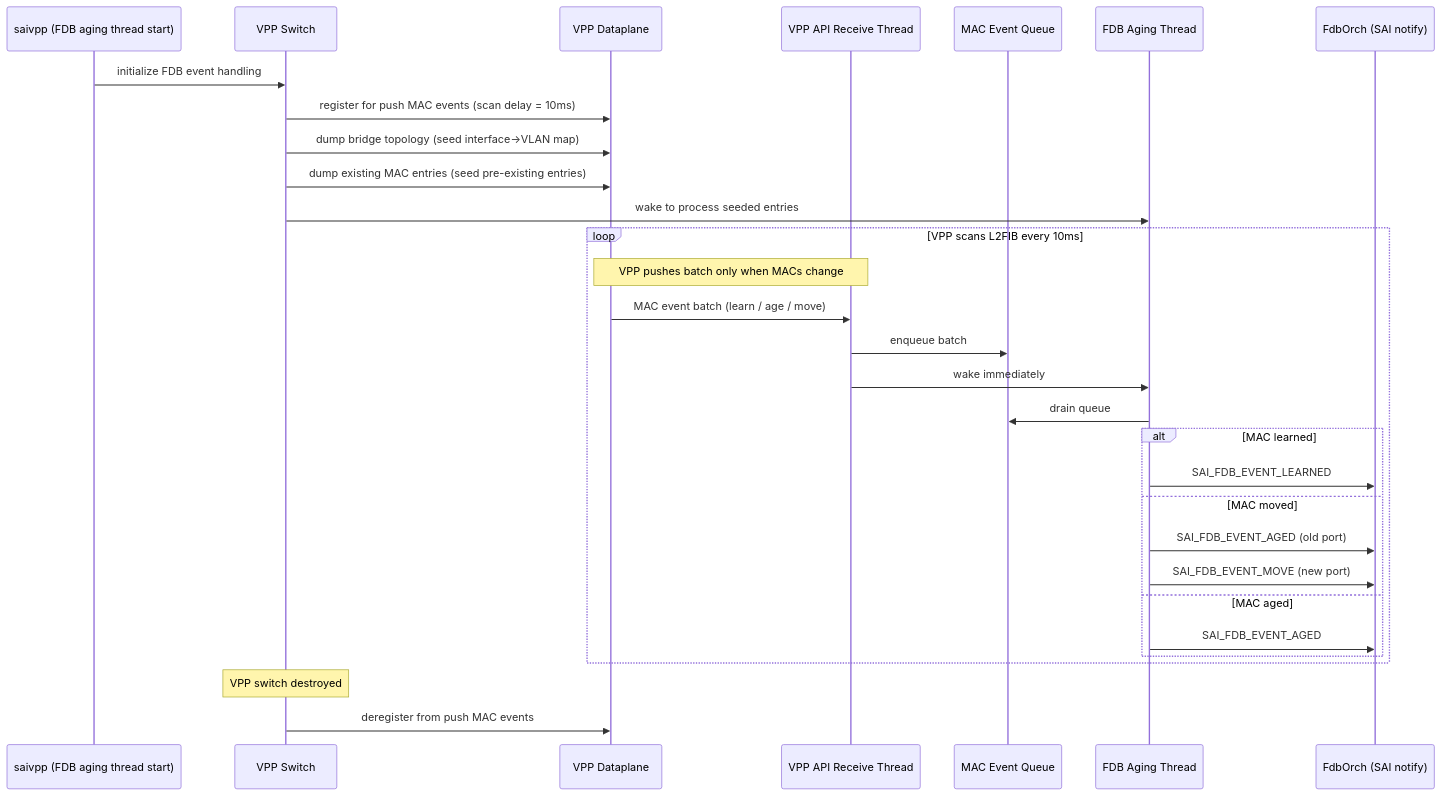
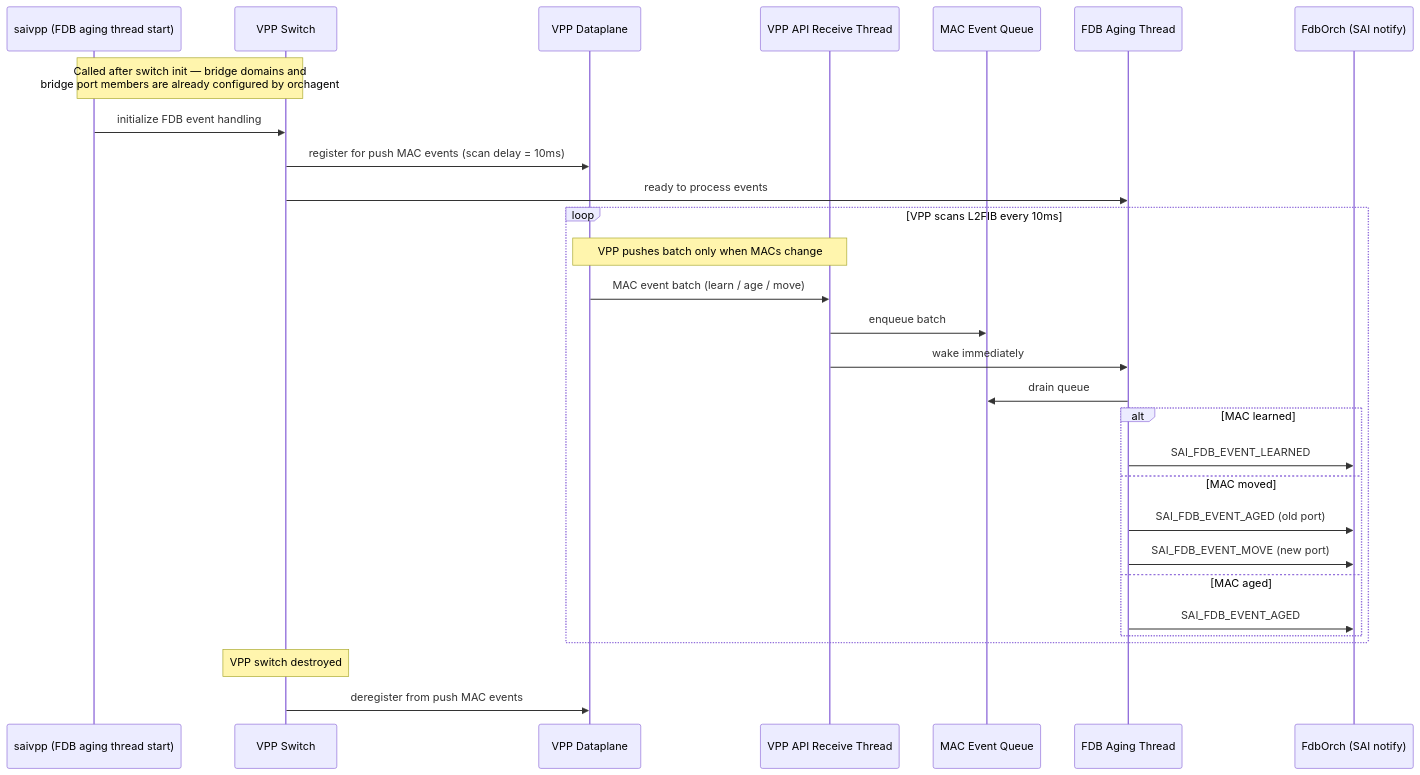
The diagram in doc/vpp/vpp_fdb_HLD.md (sonic-net/SONiC), drawn with Mermaid before and after one commit. The commit also changed other lines of this file, not shown here.

````diff
--- a/doc/vpp/vpp_fdb_HLD.md
+++ b/doc/vpp/vpp_fdb_HLD.md
@@ -143,35 +148,34 @@
 ```mermaid
 sequenceDiagram
     participant Sai as saivpp (FDB aging thread start)
     participant Switch as VPP Switch
     participant VPP as VPP Dataplane
     participant Recv as VPP API Receive Thread
     participant Queue as MAC Event Queue
     participant Aging as FDB Aging Thread
     participant Orch as FdbOrch (SAI notify)
 
+    Note over Sai,Switch: Called after switch init — bridge domains and<br/>bridge port members are already configured by orchagent
     Sai->>Switch: initialize FDB event handling
     Switch->>VPP: register for push MAC events (scan delay = 10ms)
-    Switch->>VPP: dump bridge topology (seed interface→VLAN map)
-    Switch->>VPP: dump existing MAC entries (seed pre-existing entries)
-    Switch->>Aging: wake to process seeded entries
+    Switch->>Aging: ready to process events
 
     loop VPP scans L2FIB every 10ms
         Note over VPP,Recv: VPP pushes batch only when MACs change
         VPP->>Recv: MAC event batch (learn / age / move)
         Recv->>Queue: enqueue batch
         Recv->>Aging: wake immediately
         Aging->>Queue: drain queue
         alt MAC learned
             Aging->>Orch: SAI_FDB_EVENT_LEARNED
         else MAC moved
             Aging->>Orch: SAI_FDB_EVENT_AGED (old port)
             Aging->>Orch: SAI_FDB_EVENT_MOVE (new port)
         else MAC aged
             Aging->>Orch: SAI_FDB_EVENT_AGED
         end
     end
 
     Note over Switch: VPP switch destroyed
     Switch->>VPP: deregister from push MAC events
 ```
````
